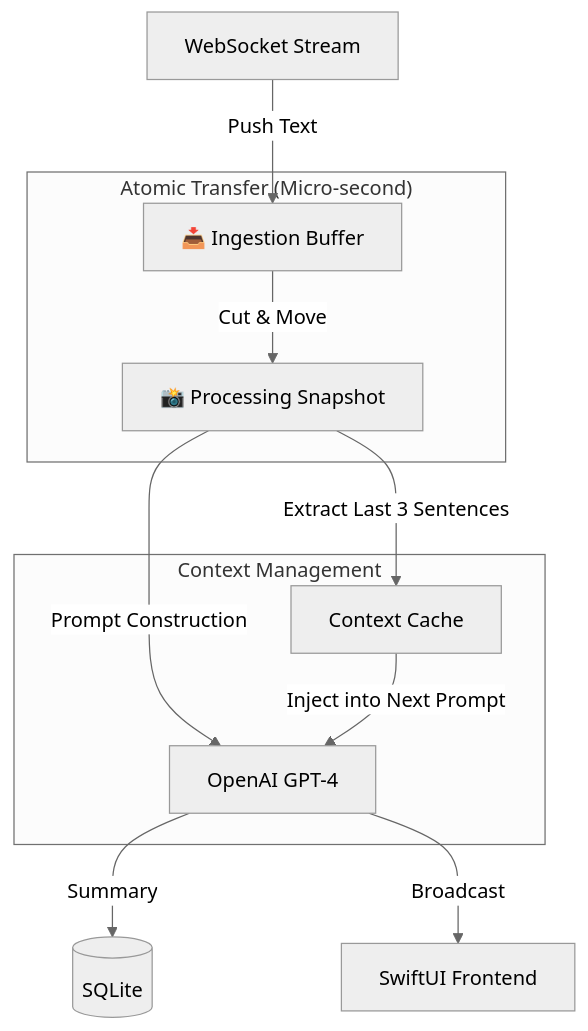
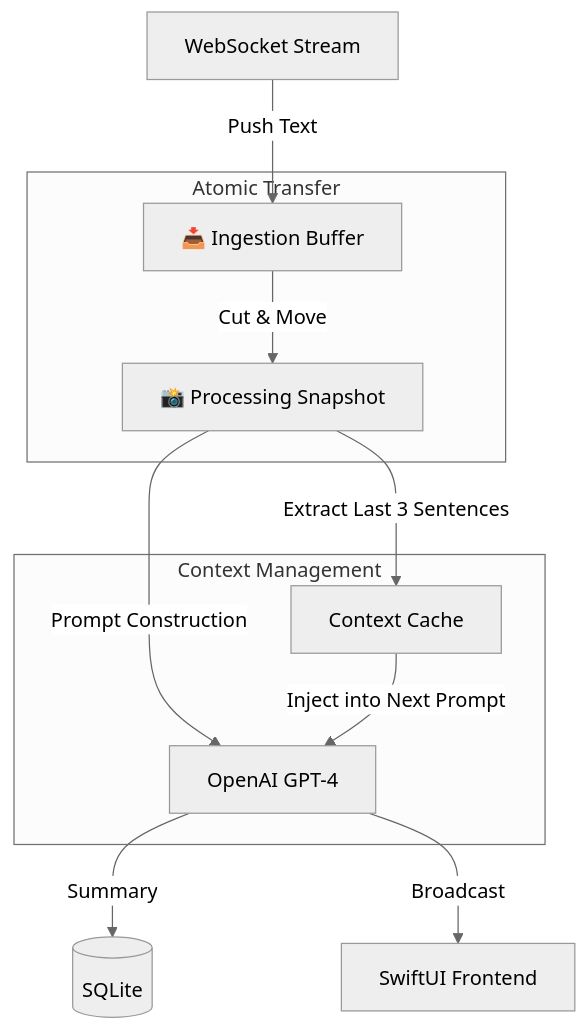
The diagram in README.md (DWGqaz123/realtime_transcriber_WG), drawn with Mermaid (neutral theme) before and after one commit. The commit also changed 42 other files, not shown here.

````diff
--- a/README.md
+++ b/README.md
@@ -50,18 +50,18 @@
 ```mermaid
 graph TD
     WS[WebSocket Stream] -->|Push Text| IB[📥 Ingestion Buffer]
     
-    subgraph "Atomic Transfer (Micro-second)"
+    subgraph "Atomic Transfer"
         IB -->|Cut & Move| PS[📸 Processing Snapshot]
     end
     
     PS -->|Prompt Construction| GPT[OpenAI GPT-4]
     GPT -->|Summary| DB[(SQLite)]
     GPT -->|Broadcast| UI[SwiftUI Frontend]
     
     subgraph "Context Management"
         PS -->|Extract Last 3 Sentences| Cache[Context Cache]
         Cache -->|Inject into Next Prompt| GPT
     end
 
 ```
````
